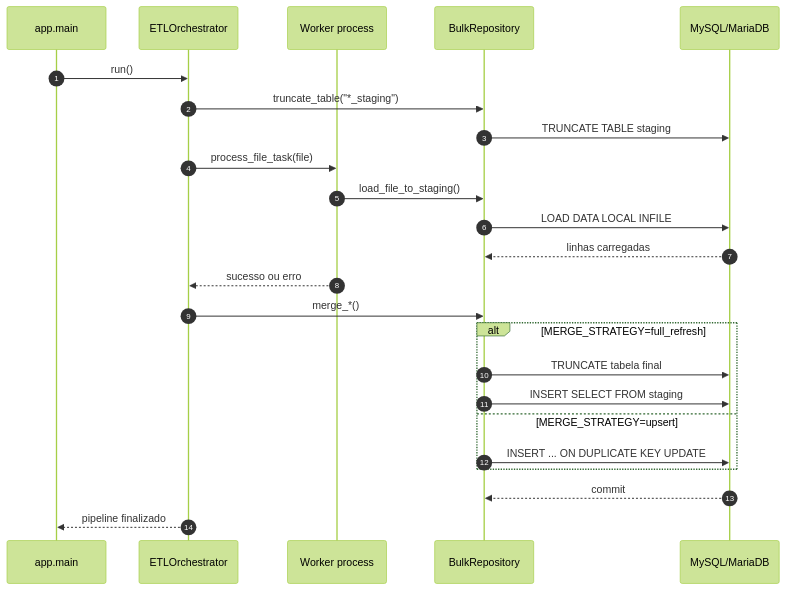
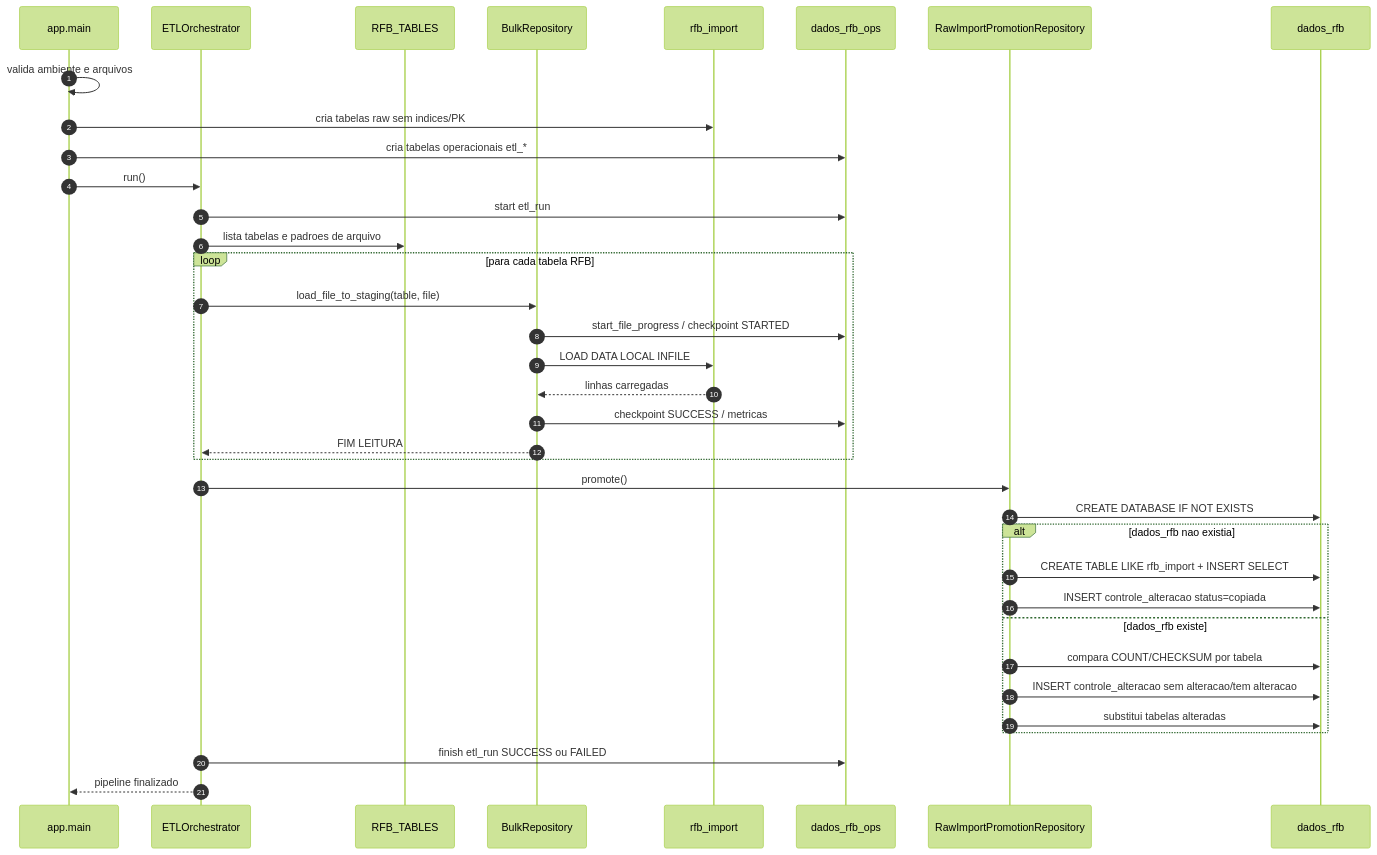
The diagram in docs/diagrams/sequence-load.mmd (vrelme/DADOS_RFB), drawn with Mermaid (forest theme) before and after one commit. The commit also changed 9 other files, not shown here.

Commit message:
docs: update v3 raw import architecture

```diff
--- a/docs/diagrams/sequence-load.mmd
+++ b/docs/diagrams/sequence-load.mmd
@@ -1,25 +1,40 @@
 sequenceDiagram
     autonumber
     participant Main as app.main
     participant Orc as ETLOrchestrator
-    participant Worker as Worker process
+    participant Manifest as RFB_TABLES
     participant Repo as BulkRepository
-    participant DB as MySQL/MariaDB
+    participant ImportDB as rfb_import
+    participant OpsDB as dados_rfb_ops
+    participant Promo as RawImportPromotionRepository
+    participant FinalDB as dados_rfb
 
+    Main->>Main: valida ambiente e arquivos
+    Main->>ImportDB: cria tabelas raw sem indices/PK
+    Main->>OpsDB: cria tabelas operacionais etl_*
     Main->>Orc: run()
-    Orc->>Repo: truncate_table("*_staging")
-    Repo->>DB: TRUNCATE TABLE staging
-    Orc->>Worker: process_file_task(file)
-    Worker->>Repo: load_file_to_staging()
-    Repo->>DB: LOAD DATA LOCAL INFILE
-    DB-->>Repo: linhas carregadas
-    Worker-->>Orc: sucesso ou erro
-    Orc->>Repo: merge_*()
-    alt MERGE_STRATEGY=full_refresh
-        Repo->>DB: TRUNCATE tabela final
-        Repo->>DB: INSERT SELECT FROM staging
-    else MERGE_STRATEGY=upsert
-        Repo->>DB: INSERT ... ON DUPLICATE KEY UPDATE
+    Orc->>OpsDB: start etl_run
+    Orc->>Manifest: lista tabelas e padroes de arquivo
+
+    loop para cada tabela RFB
+        Orc->>Repo: load_file_to_staging(table, file)
+        Repo->>OpsDB: start_file_progress / checkpoint STARTED
+        Repo->>ImportDB: LOAD DATA LOCAL INFILE
+        ImportDB-->>Repo: linhas carregadas
+        Repo->>OpsDB: checkpoint SUCCESS / metricas
+        Repo-->>Orc: FIM LEITURA
     end
-    DB-->>Repo: commit
+
+    Orc->>Promo: promote()
+    Promo->>FinalDB: CREATE DATABASE IF NOT EXISTS
+    alt dados_rfb nao existia
+        Promo->>FinalDB: CREATE TABLE LIKE rfb_import + INSERT SELECT
+        Promo->>FinalDB: INSERT controle_alteracao status=copiada
+    else dados_rfb existe
+        Promo->>FinalDB: compara COUNT/CHECKSUM por tabela
+        Promo->>FinalDB: INSERT controle_alteracao sem alteracao/tem alteracao
+        Promo->>FinalDB: substitui tabelas alteradas
+    end
+
+    Orc->>OpsDB: finish etl_run SUCCESS ou FAILED
     Orc-->>Main: pipeline finalizado
```
